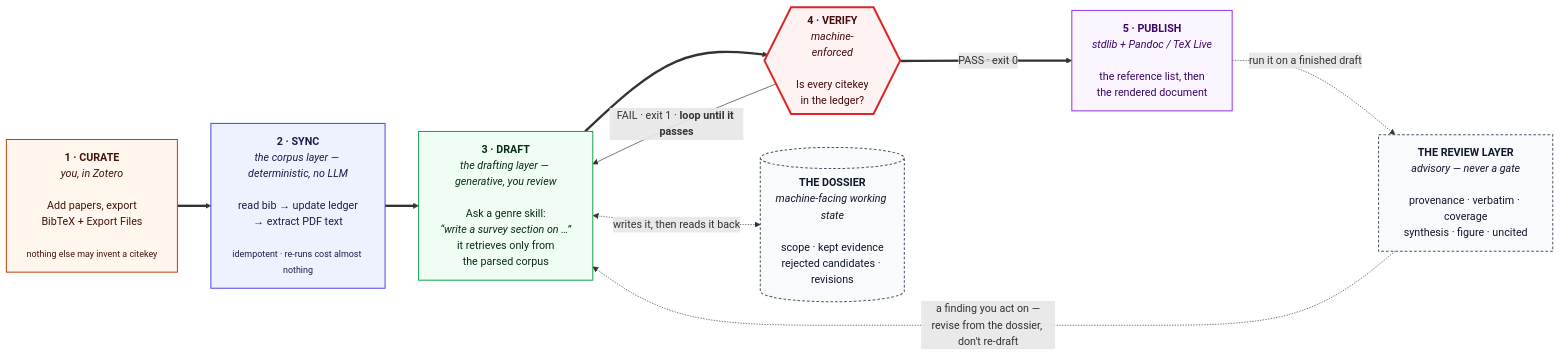
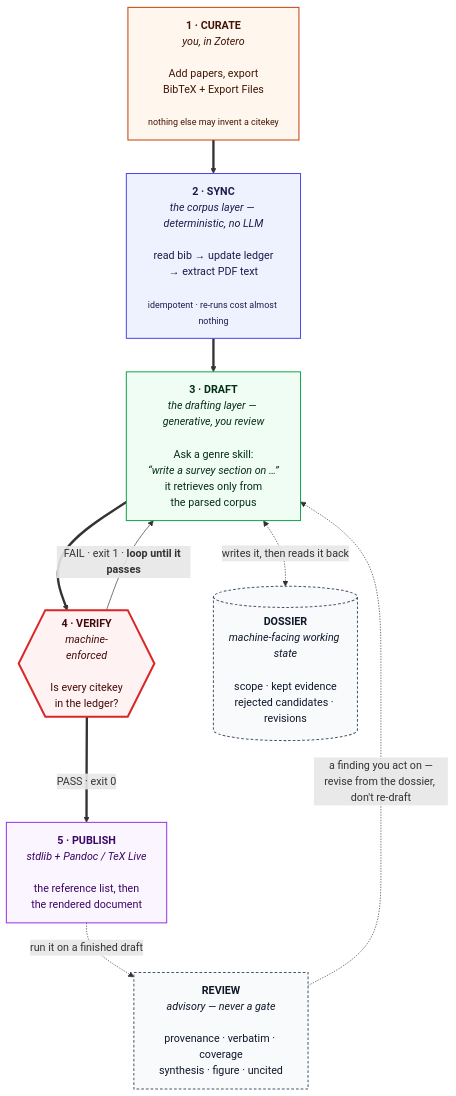
Before and after one commit to prasadtalasila/chitragupta: the first of 11 diagrams in docs/DIAGRAMS.md, drawn with Mermaid. The commit also changed 4 other files, not shown here.

````diff
--- a/docs/DIAGRAMS.md
+++ b/docs/DIAGRAMS.md
@@ -75,40 +75,40 @@
 ```mermaid
-flowchart LR
+flowchart TB
 
   P0["<b>1 · CURATE</b><br/><i>you, in Zotero</i><br/><br/>Add papers, export<br/>BibTeX + Export Files<br/><br/><small>nothing else may invent a citekey</small>"]
 
   P1["<b>2 · SYNC</b><br/><i>the corpus layer — deterministic, no LLM</i><br/><br/>read bib → update ledger<br/>→ extract PDF text<br/><br/><small>idempotent · re-runs cost almost nothing</small>"]
 
   P2["<b>3 · DRAFT</b><br/><i>the drafting layer — generative, you review</i><br/><br/>Ask a genre skill:<br/><i>“write a survey section on …”</i><br/>it retrieves only from<br/>the parsed corpus"]
 
   P3{{"<b>4 · VERIFY</b><br/><i>machine-<br/>enforced</i><br/><br/>Is every citekey<br/>in the ledger?"}}
 
   P4["<b>5 · PUBLISH</b><br/><i>stdlib + Pandoc / TeX Live</i><br/><br/>the reference list, then<br/>the rendered document"]
 
-  DOSS[("<b>THE DOSSIER</b><br/><i>machine-facing working state</i><br/><br/>scope · kept evidence<br/>rejected candidates · revisions")]
+  DOSS[("<b>DOSSIER</b><br/><i>machine-facing working state</i><br/><br/>scope · kept evidence<br/>rejected candidates · revisions")]
 
-  REV["<b>THE REVIEW LAYER</b><br/><i>advisory — never a gate</i><br/><br/>provenance · verbatim · coverage<br/>synthesis · figure · uncited"]
+  REV["<b>REVIEW</b><br/><i>advisory — never a gate</i><br/><br/>provenance · verbatim · coverage<br/>synthesis · figure · uncited"]
 
   P0 ==> P1 ==> P2 ==> P3
   P3 == "PASS · exit 0" ==> P4
   P3 -- "FAIL · exit 1 · <b>loop until it passes</b>" --> P2
 
   P2 <-. "writes it, then reads it back" .-> DOSS
   P4 -. "run it on a finished draft" .-> REV
   REV -. "a finding you act on —<br/>revise from the dossier, don't re-draft" .-> P2
 
   classDef you fill:#fff7ed,stroke:#c2410c,stroke-width:1.5px,color:#431407
   classDef det fill:#eef2ff,stroke:#4f46e5,stroke-width:1.5px,color:#1e1b4b
   classDef gen fill:#f0fdf4,stroke:#16a34a,stroke-width:1.5px,color:#052e16
   classDef gate fill:#fef2f2,stroke:#dc2626,stroke-width:3px,color:#450a0a
   classDef out fill:#faf5ff,stroke:#9333ea,stroke-width:1.5px,color:#3b0764
   classDef side fill:#f8fafc,stroke:#475569,stroke-width:1.5px,stroke-dasharray:4 3,color:#0f172a
 
   class P0 you
   class P1 det
   class P2 gen
   class P3 gate
   class P4 out
   class DOSS side
   class REV side
 ```
````
